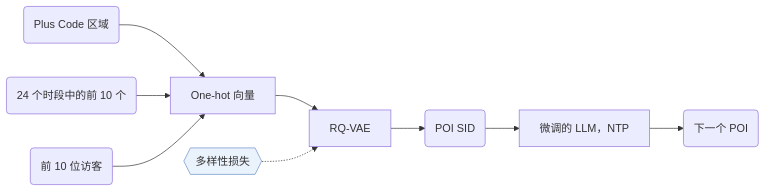
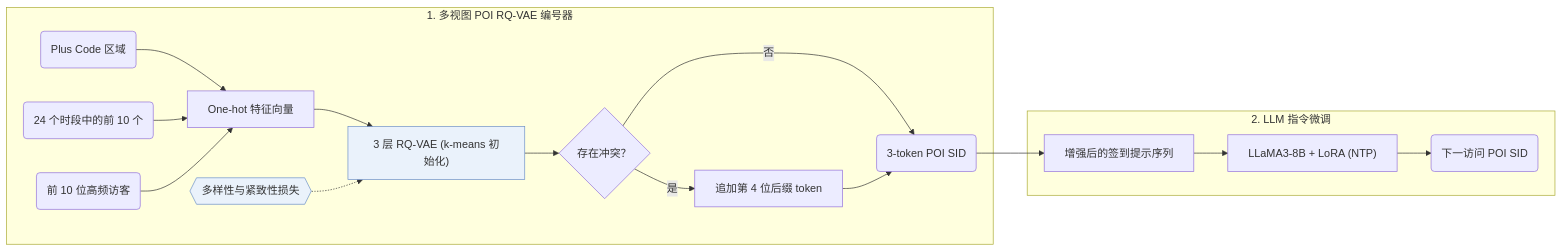
Before and after one commit to Galaxy-ghost/Awesome-SID-Generative-Rec: the diagram in notes/zh/gnpr-sid.md, drawn with Mermaid. The commit also changed other lines of this file and 649 other files, not shown here.

Commit message:
writer-05: also tags and modality index (schema, check, build, visuals); summary field removed; calibration data for 12 papers

````diff
--- a/notes/zh/gnpr-sid.md
+++ b/notes/zh/gnpr-sid.md
@@ -14,12 +14,19 @@
 ```mermaid
 flowchart LR
-    A("Plus Code 区域") --> D["One-hot 向量"]
-    B("24 个时段中的前 10 个") --> D
-    C("前 10 位访客") --> D
-    D --> E["RQ-VAE"]
-    L1{{"多样性损失"}}:::key -.-> E
-    E --> F("POI SID")
-    F --> G["微调的 LLM，NTP"]
-    G --> H("下一个 POI")
+    subgraph Tok["1. 多视图 POI RQ-VAE 编号器"]
+        A("Plus Code 区域") --> D["One-hot 特征向量"]
+        B("24 个时段中的前 10 个") --> D
+        C("前 10 位高频访客") --> D
+        D --> E["3 层 RQ-VAE (k-means 初始化)"]:::key
+        L1{{"多样性与紧致性损失"}}:::key -.-> E
+        E --> F{"存在冲突？"}
+        F -->|否| G("3-token POI SID")
+        F -->|是| H["追加第 4 位后缀 token"] --> G
+    end
+    subgraph Gen["2. LLM 指令微调"]
+        G --> I["增强后的签到提示序列"]
+        I --> J["LLaMA3-8B + LoRA (NTP)"]
+        J --> K("下一访问 POI SID")
+    end
     classDef key fill:#eaf2fb,stroke:#6b8fc7
 ```
````
